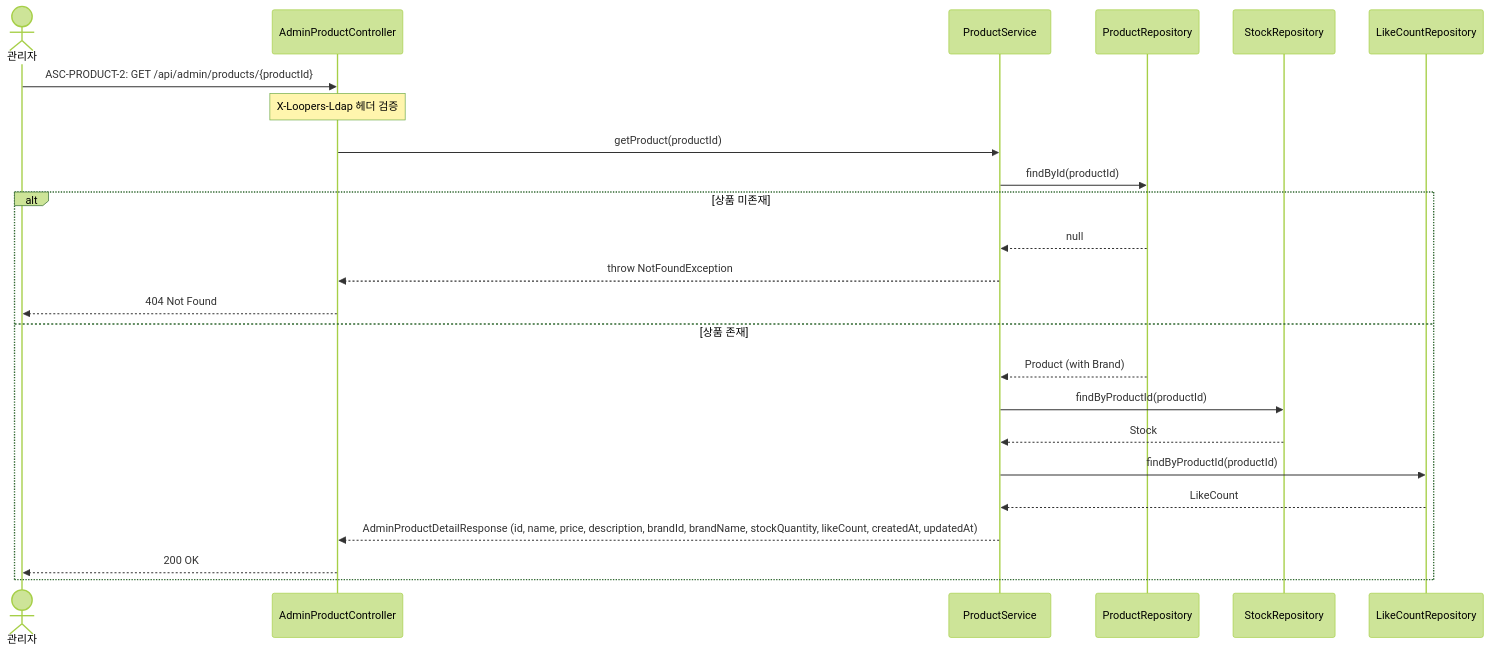
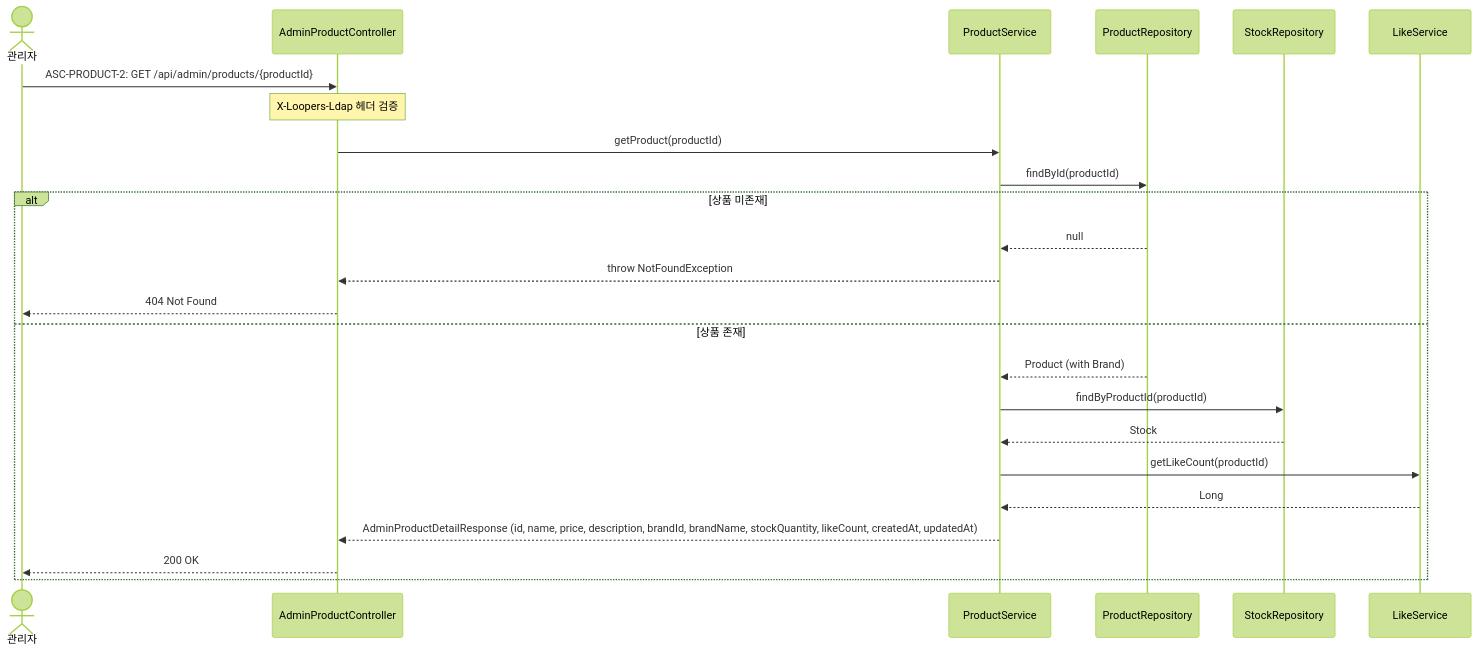
Before and after one commit to loopers-labs/loop-pack-be-l2-vol4-kotlin: diagram 16 of 38 in docs/02-sequence-diagrams.md, drawn with Mermaid (forest theme). The commit also changed other lines of this file and 3 other files, not shown here.

````diff
--- a/docs/02-sequence-diagrams.md
+++ b/docs/02-sequence-diagrams.md
@@ -501,28 +491,28 @@
 ```mermaid
 sequenceDiagram
     actor Admin as 관리자
     participant Controller as AdminProductController
     participant Service as ProductService
     participant ProductRepo as ProductRepository
     participant StockRepo as StockRepository
-    participant LikeCountRepo as LikeCountRepository
+    participant LikeService as LikeService
 
     Admin->>Controller: ASC-PRODUCT-2: GET /api/admin/products/{productId}
     Note over Controller: X-Loopers-Ldap 헤더 검증
     Controller->>Service: getProduct(productId)
     Service->>ProductRepo: findById(productId)
 
     alt 상품 미존재
         ProductRepo-->>Service: null
         Service-->>Controller: throw NotFoundException
         Controller-->>Admin: 404 Not Found
     else 상품 존재
         ProductRepo-->>Service: Product (with Brand)
         Service->>StockRepo: findByProductId(productId)
         StockRepo-->>Service: Stock
-        Service->>LikeCountRepo: findByProductId(productId)
-        LikeCountRepo-->>Service: LikeCount
+        Service->>LikeService: getLikeCount(productId)
+        LikeService-->>Service: Long
         Service-->>Controller: AdminProductDetailResponse (id, name, price, description, brandId, brandName, stockQuantity, likeCount, createdAt, updatedAt)
         Controller-->>Admin: 200 OK
     end
 ```
````
